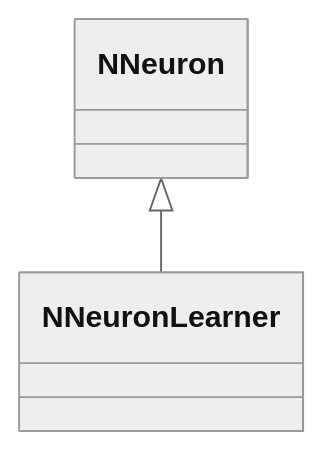
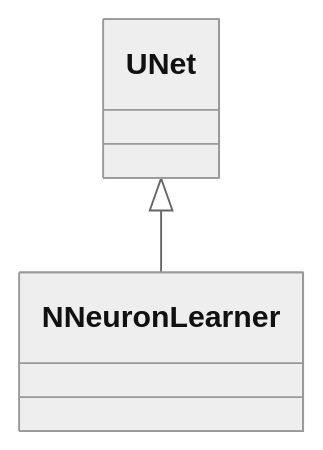
Before and after one commit to aicommunity/Nmsdk-PulseLib: the first of 14 diagrams in Docs/Components/NNeuronLearner.md, drawn with Mermaid (neutral theme). The commit also changed other lines of this file and 6 other files, not shown here.

Commit message:
Add dendrite auto-preset to NNeuronLearner

````diff
--- a/Docs/Components/NNeuronLearner.md
+++ b/Docs/Components/NNeuronLearner.md
@@ -19,4 +21,4 @@
 ```mermaid
 classDiagram
-    NNeuron <|-- NNeuronLearner
+    UNet <|-- NNeuronLearner
 ```
````
